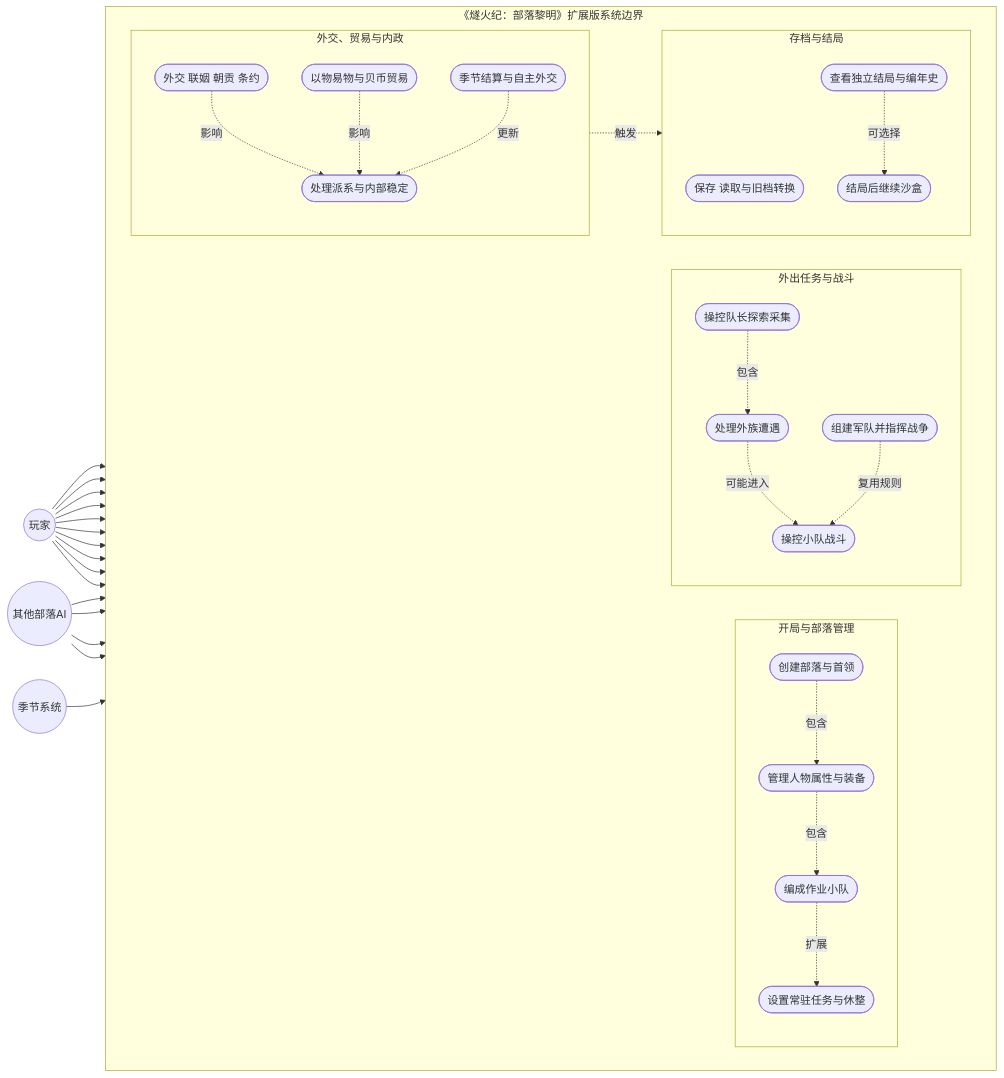
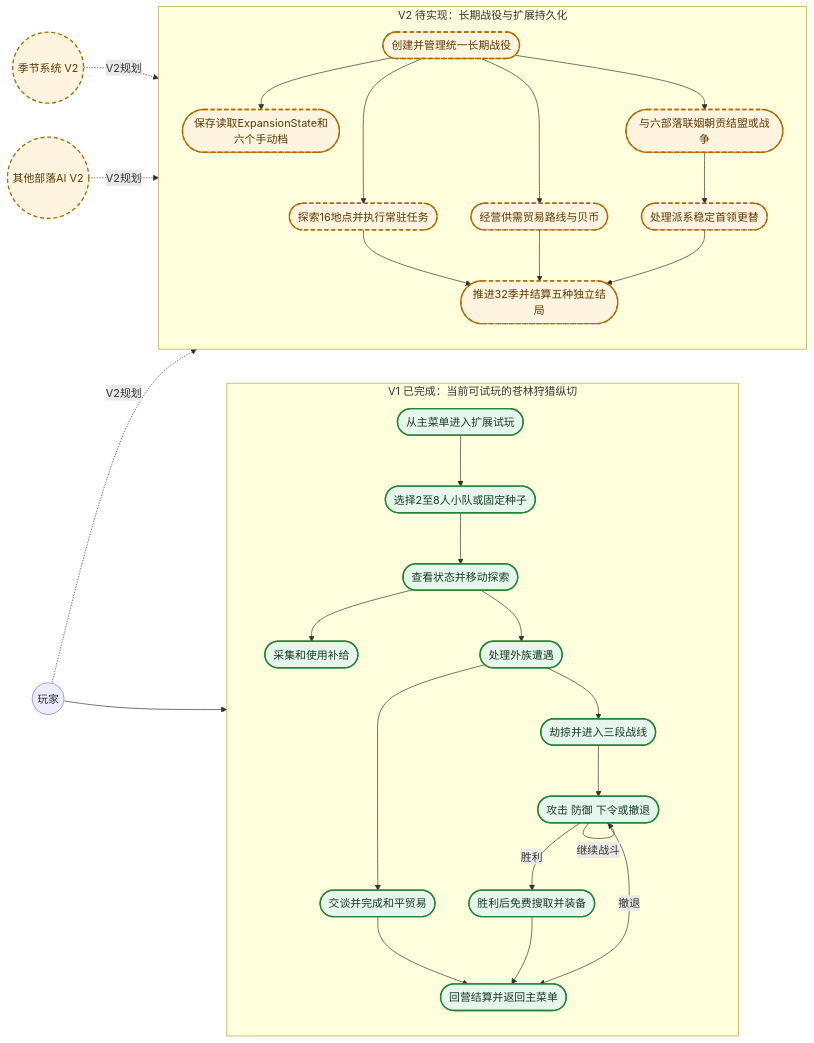
One commit to gs8-79/new-game changed the diagram in formal/docs/diagrams/expanded/02-use-case-expanded.mmd. Above: the diagram before and after it, drawn with Mermaid. The commit also changed other lines of this file and 34 other files, not shown here.

```diff
--- a/formal/docs/diagrams/expanded/02-use-case-expanded.mmd
+++ b/formal/docs/diagrams/expanded/02-use-case-expanded.mmd
@@ -1,67 +1,53 @@
 flowchart LR
     Player((玩家))
 
-    subgraph Game[《燧火纪：部落黎明》扩展版系统边界]
-      direction LR
+    subgraph V1[V1 已完成：当前可试玩的苍林狩猎纵切]
+      direction TB
+      UC1([从主菜单进入扩展试玩])
+      UC2([选择2至8人小队或固定种子])
+      UC3([查看状态并移动探索])
+      UC4([采集和使用补给])
+      UC5([处理外族遭遇])
+      UC6([交谈并完成和平贸易])
+      UC7([劫掠并进入三段战线])
+      UC8([攻击 防御 下令或撤退])
+      UC9([胜利后免费搜取并装备])
+      UC10([回营结算并返回主菜单])
 
-      subgraph Manage[开局与部落管理]
-        direction TB
-        UC1([创建部落与首领])
-        UC2([管理人物属性与装备])
-        UC3([编成作业小队])
-        UC4([设置常驻任务与休整])
-        UC1 -.包含.-> UC2
-        UC2 -.包含.-> UC3
-        UC3 -.扩展.-> UC4
-      end
-
-      subgraph Mission[外出任务与战斗]
-        direction TB
-        UC5([操控队长探索采集])
-        UC6([处理外族遭遇])
-        UC7([操控小队战斗])
-        UC8([组建军队并指挥战争])
-        UC5 -.包含.-> UC6
-        UC6 -.可能进入.-> UC7
-        UC8 -.复用规则.-> UC7
-      end
-
-      subgraph Diplomacy[外交、贸易与内政]
-        direction TB
-        UC9([外交 联姻 朝贡 条约])
-        UC10([以物易物与贝币贸易])
-        UC11([处理派系与内部稳定])
-        UC12([季节结算与自主外交])
-        UC9 -.影响.-> UC11
-        UC10 -.影响.-> UC11
-        UC12 -.更新.-> UC11
-      end
-
-      subgraph System[存档与结局]
-        direction TB
-        UC13([保存 读取与旧档转换])
-        UC14([查看独立结局与编年史])
-        UC15([结局后继续沙盒])
-        UC14 -.可选择.-> UC15
-      end
+      UC1 --> UC2 --> UC3
+      UC3 --> UC4
+      UC3 --> UC5
+      UC5 --> UC6 --> UC10
+      UC5 --> UC7 --> UC8
+      UC8 -- 继续战斗 --> UC8
+      UC8 -- 胜利 --> UC9 --> UC10
+      UC8 -- 撤退 --> UC10
     end
 
-    AI((其他部落AI))
-    Clock((季节系统))
+    subgraph V2[V2 待实现：长期战役与扩展持久化]
+      direction TB
+      UC11([创建并管理统一长期战役])
+      UC12([保存读取ExpansionState和六个手动档])
+      UC13([探索16地点并执行常驻任务])
+      UC14([经营供需贸易路线与贝币])
+      UC15([与六部落联姻朝贡结盟或战争])
+      UC16([处理派系稳定首领更替])
+      UC17([推进32季并结算五种独立结局])
+      UC11 --> UC12
+      UC11 --> UC13 --> UC17
+      UC11 --> UC14 --> UC17
+      UC11 --> UC15 --> UC16 --> UC17
+    end
+
+    AI((其他部落AI V2))
+    Clock((季节系统 V2))
 
     Player --> UC1
-    Player --> UC2
-    Player --> UC3
-    Player --> UC5
-    Player --> UC8
-    Player --> UC9
-    Player --> UC10
-    Player --> UC11
-    Player --> UC13
-    Player --> UC14
-    AI --> UC6
-    AI --> UC9
-    AI --> UC10
-    AI --> UC12
-    Clock --> UC12
-    UC12 -.触发.-> UC14
+    Player -. V2规划 .-> UC11
+    AI -. V2规划 .-> UC15
+    Clock -. V2规划 .-> UC16
+
+    classDef done fill:#e7f6ed,stroke:#238636,color:#173b22,stroke-width:2px
+    classDef pending fill:#fff4df,stroke:#b26a00,color:#5c3900,stroke-width:2px,stroke-dasharray: 6 4
+    class UC1,UC2,UC3,UC4,UC5,UC6,UC7,UC8,UC9,UC10 done
+    class UC11,UC12,UC13,UC14,UC15,UC16,UC17,AI,Clock pending
```
